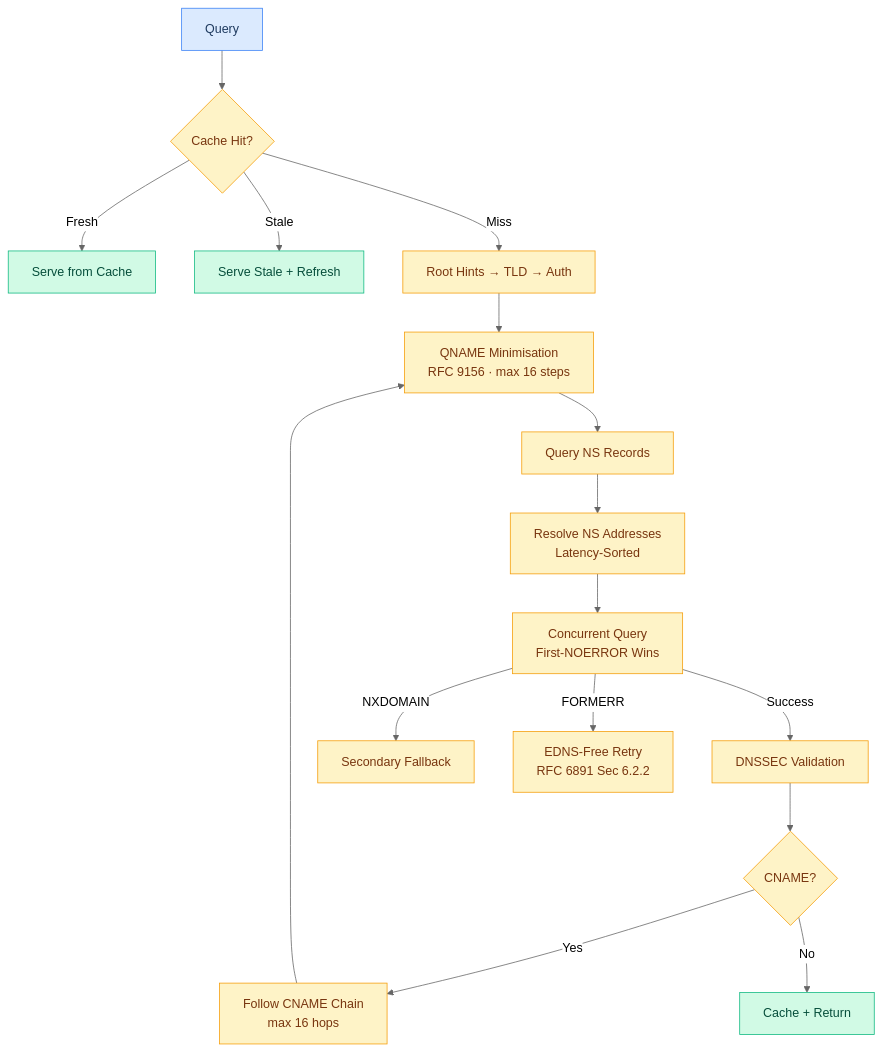
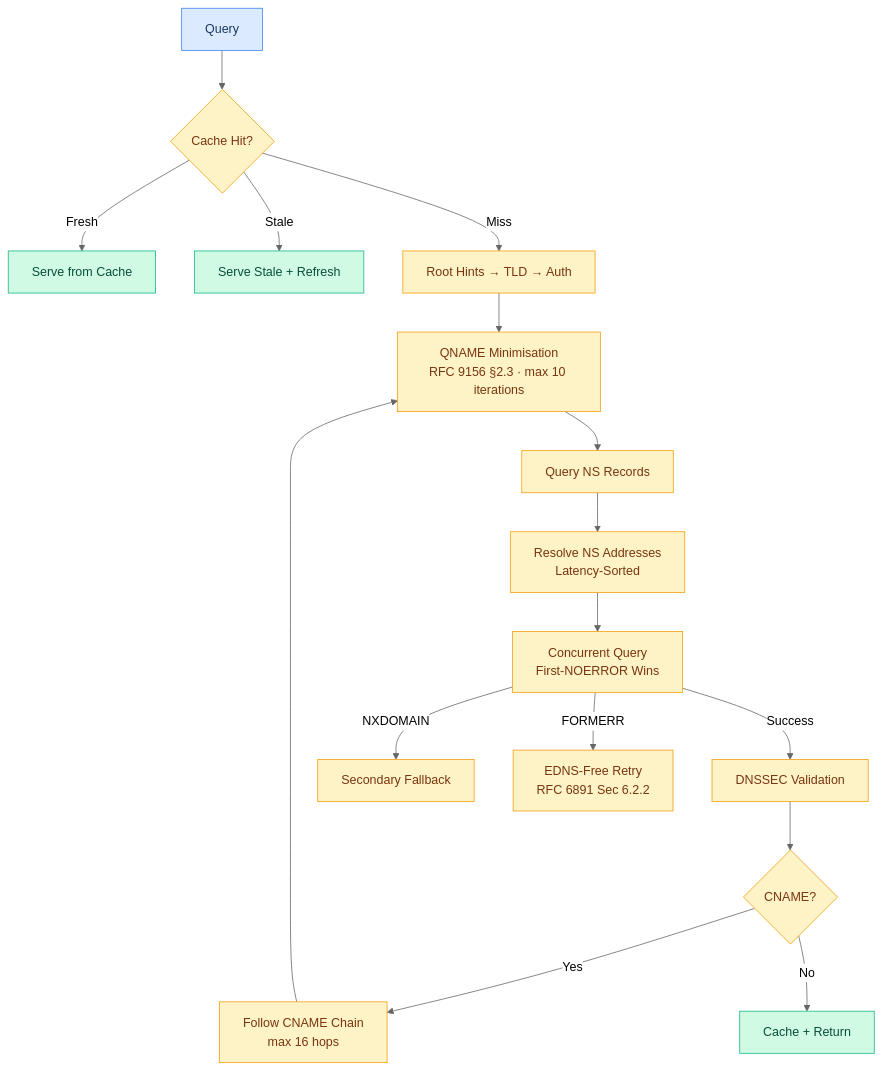
Before and after one commit to hezhijie0327/ZJDNS: the fifth of 26 diagrams in docs/FLOWCHARTS.md, drawn with Mermaid (neutral theme). The commit also changed 100 other files, not shown here.

````diff
--- a/docs/FLOWCHARTS.md
+++ b/docs/FLOWCHARTS.md
@@ -98,24 +98,24 @@
 ```mermaid
 graph TD
     Q[Query] --> CACHE{Cache Hit?}
     CACHE -->|Fresh| SERVE[Serve from Cache]
     CACHE -->|Stale| STALE[Serve Stale + Refresh]
     CACHE -->|Miss| ROOT[Root Hints → TLD → Auth]
-    ROOT --> QMIN[QNAME Minimisation<br/>RFC 9156 · max 16 steps]
+    ROOT --> QMIN[QNAME Minimisation<br/>RFC 9156 §2.3 · max 10 iterations]
     QMIN --> NS[Query NS Records]
     NS --> ADDR[Resolve NS Addresses<br/>Latency-Sorted]
     ADDR --> PROBE[Concurrent Query<br/>First-NOERROR Wins]
     PROBE -->|Success| VALIDATE[DNSSEC Validation]
     PROBE -->|NXDOMAIN| FALLBACK[Secondary Fallback]
     PROBE -->|FORMERR| RETRY[EDNS-Free Retry<br/>RFC 6891 Sec 6.2.2]
     VALIDATE --> CNAME{CNAME?}
     CNAME -->|Yes| FOLLOW[Follow CNAME Chain<br/>max 16 hops]
     FOLLOW --> QMIN
     CNAME -->|No| STORE[Cache + Return]
     classDef start fill:#dbeafe,stroke:#3b82f6,color:#1e3a5f
     classDef proc fill:#fef3c7,stroke:#f59e0b,color:#78350f
     classDef result fill:#d1fae5,stroke:#10b981,color:#064e3b
     class Q start
     class CACHE,ROOT,QMIN,NS,ADDR,PROBE,VALIDATE,CNAME,FOLLOW,RETRY,FALLBACK proc
     class SERVE,STALE,STORE result
 ```
````
